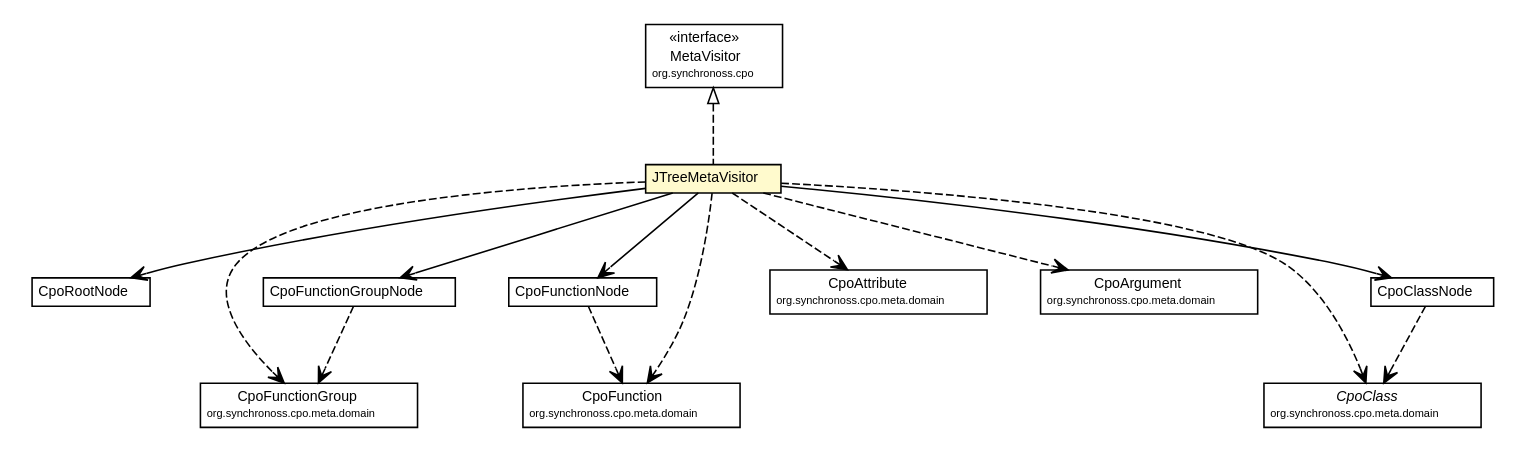
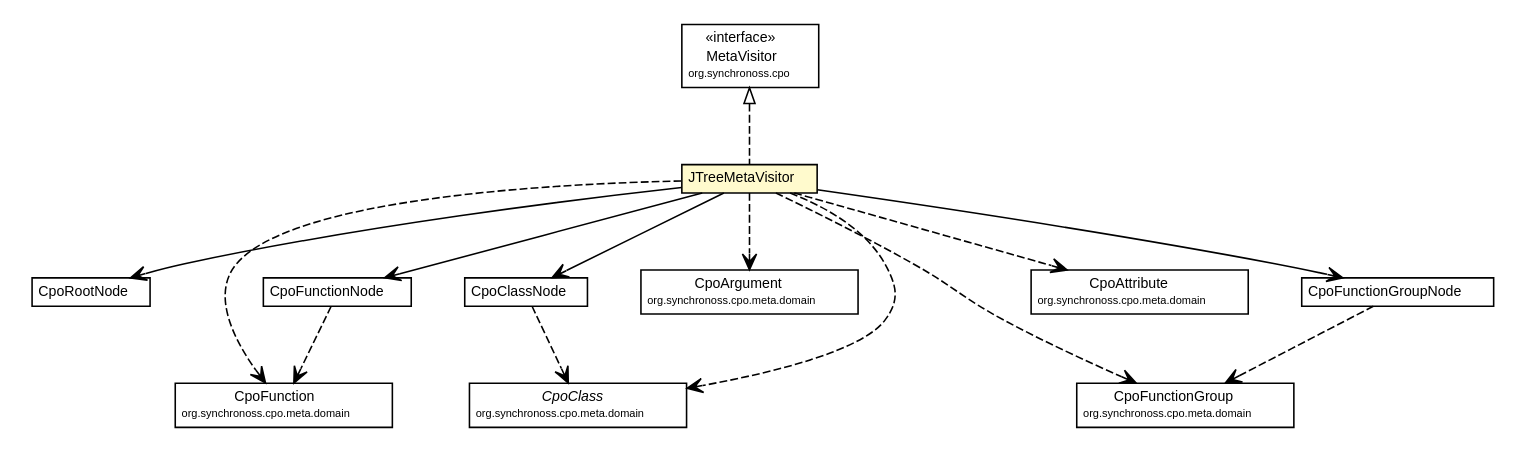
Before and after one commit to synchronoss/cpo-util: the diagram in site/apidocs/org/synchronoss/cpo/util/JTreeMetaVisitor.dot, drawn with Graphviz. The commit also changed 286 other files, not shown here.

Commit message:
Creating site for cpoUtil, 5.1.1-SNAPSHOT

```diff
--- a/site/apidocs/org/synchronoss/cpo/util/JTreeMetaVisitor.dot
+++ b/site/apidocs/org/synchronoss/cpo/util/JTreeMetaVisitor.dot
@@ -1,109 +1,109 @@
 #!/usr/local/bin/dot
 #
 # Class diagram 
 # Generated by UmlGraph version 4.6 (http://www.spinellis.gr/sw/umlgraph)
 #
 
 digraph G {
 	edge [fontname="Helvetica",fontsize=10,labelfontname="Helvetica",labelfontsize=10];
 	node [fontname="Helvetica",fontsize=10,shape=plaintext];
 	// org.synchronoss.cpo.util.JTreeMetaVisitor
 	c1707 [label=<<table border="0" cellborder="1" cellspacing="0" cellpadding="2" port="p" bgcolor="lemonChiffon" href="./JTreeMetaVisitor.html">
 		<tr><td><table border="0" cellspacing="0" cellpadding="1">
 			<tr><td> JTreeMetaVisitor </td></tr>
 		</table></td></tr>
 		</table>>, fontname="Helvetica", fontcolor="black", fontsize=9.0];
 	// org.synchronoss.cpo.util.CpoRootNode
 	c1715 [label=<<table border="0" cellborder="1" cellspacing="0" cellpadding="2" port="p" href="./CpoRootNode.html">
 		<tr><td><table border="0" cellspacing="0" cellpadding="1">
 			<tr><td> CpoRootNode </td></tr>
 		</table></td></tr>
 		</table>>, fontname="Helvetica", fontcolor="black", fontsize=9.0];
 	// org.synchronoss.cpo.util.CpoFunctionNode
 	c1721 [label=<<table border="0" cellborder="1" cellspacing="0" cellpadding="2" port="p" href="./CpoFunctionNode.html">
 		<tr><td><table border="0" cellspacing="0" cellpadding="1">
 			<tr><td> CpoFunctionNode </td></tr>
 		</table></td></tr>
 		</table>>, fontname="Helvetica", fontcolor="black", fontsize=9.0];
 	// org.synchronoss.cpo.util.CpoClassNode
 	c1723 [label=<<table border="0" cellborder="1" cellspacing="0" cellpadding="2" port="p" href="./CpoClassNode.html">
 		<tr><td><table border="0" cellspacing="0" cellpadding="1">
 			<tr><td> CpoClassNode </td></tr>
 		</table></td></tr>
 		</table>>, fontname="Helvetica", fontcolor="black", fontsize=9.0];
 	// org.synchronoss.cpo.util.CpoFunctionGroupNode
 	c1728 [label=<<table border="0" cellborder="1" cellspacing="0" cellpadding="2" port="p" href="./CpoFunctionGroupNode.html">
 		<tr><td><table border="0" cellspacing="0" cellpadding="1">
 			<tr><td> CpoFunctionGroupNode </td></tr>
 		</table></td></tr>
 		</table>>, fontname="Helvetica", fontcolor="black", fontsize=9.0];
 	//org.synchronoss.cpo.util.JTreeMetaVisitor implements org.synchronoss.cpo.MetaVisitor
 	c1764:p -> c1707:p [dir=back,arrowtail=empty,style=dashed];
 	// org.synchronoss.cpo.util.JTreeMetaVisitor NAVASSOC org.synchronoss.cpo.util.CpoRootNode
 	c1707:p -> c1715:p [taillabel="", label="", headlabel="", fontname="Helvetica", fontcolor="black", fontsize=10.0, color="black", arrowhead=open];
 	// org.synchronoss.cpo.util.JTreeMetaVisitor NAVASSOC org.synchronoss.cpo.util.CpoClassNode
 	c1707:p -> c1723:p [taillabel="", label="", headlabel="", fontname="Helvetica", fontcolor="black", fontsize=10.0, color="black", arrowhead=open];
 	// org.synchronoss.cpo.util.JTreeMetaVisitor NAVASSOC org.synchronoss.cpo.util.CpoFunctionGroupNode
 	c1707:p -> c1728:p [taillabel="", label="", headlabel="", fontname="Helvetica", fontcolor="black", fontsize=10.0, color="black", arrowhead=open];
 	// org.synchronoss.cpo.util.JTreeMetaVisitor NAVASSOC org.synchronoss.cpo.util.CpoFunctionNode
 	c1707:p -> c1721:p [taillabel="", label="", headlabel="", fontname="Helvetica", fontcolor="black", fontsize=10.0, color="black", arrowhead=open];
+	// org.synchronoss.cpo.util.JTreeMetaVisitor DEPEND org.synchronoss.cpo.meta.domain.CpoArgument
+	c1707:p -> c1765:p [taillabel="", label="", headlabel="", fontname="Helvetica", fontcolor="black", fontsize=10.0, color="black", arrowhead=open, style=dashed];
+	// org.synchronoss.cpo.util.JTreeMetaVisitor DEPEND org.synchronoss.cpo.meta.domain.CpoClass
+	c1707:p -> c1766:p [taillabel="", label="", headlabel="", fontname="Helvetica", fontcolor="black", fontsize=10.0, color="black", arrowhead=open, style=dashed];
+	// org.synchronoss.cpo.util.JTreeMetaVisitor DEPEND org.synchronoss.cpo.meta.domain.CpoFunction
+	c1707:p -> c1767:p [taillabel="", label="", headlabel="", fontname="Helvetica", fontcolor="black", fontsize=10.0, color="black", arrowhead=open, style=dashed];
+	// org.synchronoss.cpo.util.JTreeMetaVisitor DEPEND org.synchronoss.cpo.meta.domain.CpoAttribute
+	c1707:p -> c1768:p [taillabel="", label="", headlabel="", fontname="Helvetica", fontcolor="black", fontsize=10.0, color="black", arrowhead=open, style=dashed];
 	// org.synchronoss.cpo.util.JTreeMetaVisitor DEPEND org.synchronoss.cpo.meta.domain.CpoFunctionGroup
-	c1707:p -> c1766:p [taillabel="", label="", headlabel="", fontname="Helvetica", fontcolor="black", fontsize=10.0, color="black", arrowhead=open, style=dashed];
-	// org.synchronoss.cpo.util.JTreeMetaVisitor DEPEND org.synchronoss.cpo.meta.domain.CpoAttribute
-	c1707:p -> c1767:p [taillabel="", label="", headlabel="", fontname="Helvetica", fontcolor="black", fontsize=10.0, color="black", arrowhead=open, style=dashed];
-	// org.synchronoss.cpo.util.JTreeMetaVisitor DEPEND org.synchronoss.cpo.meta.domain.CpoArgument
-	c1707:p -> c1768:p [taillabel="", label="", headlabel="", fontname="Helvetica", fontcolor="black", fontsize=10.0, color="black", arrowhead=open, style=dashed];
-	// org.synchronoss.cpo.util.JTreeMetaVisitor DEPEND org.synchronoss.cpo.meta.domain.CpoClass
-	c1707:p -> c1769:p [taillabel="", label="", headlabel="", fontname="Helvetica", fontcolor="black", fontsize=10.0, color="black", arrowhead=open, style=dashed];
-	// org.synchronoss.cpo.util.JTreeMetaVisitor DEPEND org.synchronoss.cpo.meta.domain.CpoFunction
 	c1707:p -> c1770:p [taillabel="", label="", headlabel="", fontname="Helvetica", fontcolor="black", fontsize=10.0, color="black", arrowhead=open, style=dashed];
 	// org.synchronoss.cpo.util.CpoFunctionNode DEPEND org.synchronoss.cpo.meta.domain.CpoFunction
-	c1721:p -> c1770:p [taillabel="", label="", headlabel="", fontname="Helvetica", fontcolor="black", fontsize=10.0, color="black", arrowhead=open, style=dashed];
+	c1721:p -> c1767:p [taillabel="", label="", headlabel="", fontname="Helvetica", fontcolor="black", fontsize=10.0, color="black", arrowhead=open, style=dashed];
 	// org.synchronoss.cpo.util.CpoClassNode DEPEND org.synchronoss.cpo.meta.domain.CpoClass
-	c1723:p -> c1769:p [taillabel="", label="", headlabel="", fontname="Helvetica", fontcolor="black", fontsize=10.0, color="black", arrowhead=open, style=dashed];
+	c1723:p -> c1766:p [taillabel="", label="", headlabel="", fontname="Helvetica", fontcolor="black", fontsize=10.0, color="black", arrowhead=open, style=dashed];
 	// org.synchronoss.cpo.util.CpoFunctionGroupNode DEPEND org.synchronoss.cpo.meta.domain.CpoFunctionGroup
-	c1728:p -> c1766:p [taillabel="", label="", headlabel="", fontname="Helvetica", fontcolor="black", fontsize=10.0, color="black", arrowhead=open, style=dashed];
+	c1728:p -> c1770:p [taillabel="", label="", headlabel="", fontname="Helvetica", fontcolor="black", fontsize=10.0, color="black", arrowhead=open, style=dashed];
 	// org.synchronoss.cpo.meta.domain.CpoClass
-	c1769 [label=<<table border="0" cellborder="1" cellspacing="0" cellpadding="2" port="p" href="http://java.sun.com/j2se/1.4.2/docs/api/org/synchronoss/cpo/meta/domain/CpoClass.html">
+	c1766 [label=<<table border="0" cellborder="1" cellspacing="0" cellpadding="2" port="p" href="http://java.sun.com/j2se/1.4.2/docs/api/org/synchronoss/cpo/meta/domain/CpoClass.html">
 		<tr><td><table border="0" cellspacing="0" cellpadding="1">
 			<tr><td><font face="Helvetica-Oblique"> CpoClass </font></td></tr>
 			<tr><td><font point-size="7.0"> org.synchronoss.cpo.meta.domain </font></td></tr>
 		</table></td></tr>
 		</table>>, fontname="Helvetica", fontcolor="black", fontsize=9.0];
 	// org.synchronoss.cpo.meta.domain.CpoArgument
-	c1768 [label=<<table border="0" cellborder="1" cellspacing="0" cellpadding="2" port="p" href="http://java.sun.com/j2se/1.4.2/docs/api/org/synchronoss/cpo/meta/domain/CpoArgument.html">
+	c1765 [label=<<table border="0" cellborder="1" cellspacing="0" cellpadding="2" port="p" href="http://java.sun.com/j2se/1.4.2/docs/api/org/synchronoss/cpo/meta/domain/CpoArgument.html">
 		<tr><td><table border="0" cellspacing="0" cellpadding="1">
 			<tr><td> CpoArgument </td></tr>
 			<tr><td><font point-size="7.0"> org.synchronoss.cpo.meta.domain </font></td></tr>
 		</table></td></tr>
 		</table>>, fontname="Helvetica", fontcolor="black", fontsize=9.0];
 	// org.synchronoss.cpo.meta.domain.CpoAttribute
-	c1767 [label=<<table border="0" cellborder="1" cellspacing="0" cellpadding="2" port="p" href="http://java.sun.com/j2se/1.4.2/docs/api/org/synchronoss/cpo/meta/domain/CpoAttribute.html">
+	c1768 [label=<<table border="0" cellborder="1" cellspacing="0" cellpadding="2" port="p" href="http://java.sun.com/j2se/1.4.2/docs/api/org/synchronoss/cpo/meta/domain/CpoAttribute.html">
 		<tr><td><table border="0" cellspacing="0" cellpadding="1">
 			<tr><td> CpoAttribute </td></tr>
 			<tr><td><font point-size="7.0"> org.synchronoss.cpo.meta.domain </font></td></tr>
 		</table></td></tr>
 		</table>>, fontname="Helvetica", fontcolor="black", fontsize=9.0];
 	// org.synchronoss.cpo.meta.domain.CpoFunction
-	c1770 [label=<<table border="0" cellborder="1" cellspacing="0" cellpadding="2" port="p" href="http://java.sun.com/j2se/1.4.2/docs/api/org/synchronoss/cpo/meta/domain/CpoFunction.html">
+	c1767 [label=<<table border="0" cellborder="1" cellspacing="0" cellpadding="2" port="p" href="http://java.sun.com/j2se/1.4.2/docs/api/org/synchronoss/cpo/meta/domain/CpoFunction.html">
 		<tr><td><table border="0" cellspacing="0" cellpadding="1">
 			<tr><td> CpoFunction </td></tr>
 			<tr><td><font point-size="7.0"> org.synchronoss.cpo.meta.domain </font></td></tr>
 		</table></td></tr>
 		</table>>, fontname="Helvetica", fontcolor="black", fontsize=9.0];
 	// org.synchronoss.cpo.meta.domain.CpoFunctionGroup
-	c1766 [label=<<table border="0" cellborder="1" cellspacing="0" cellpadding="2" port="p" href="http://java.sun.com/j2se/1.4.2/docs/api/org/synchronoss/cpo/meta/domain/CpoFunctionGroup.html">
+	c1770 [label=<<table border="0" cellborder="1" cellspacing="0" cellpadding="2" port="p" href="http://java.sun.com/j2se/1.4.2/docs/api/org/synchronoss/cpo/meta/domain/CpoFunctionGroup.html">
 		<tr><td><table border="0" cellspacing="0" cellpadding="1">
 			<tr><td> CpoFunctionGroup </td></tr>
 			<tr><td><font point-size="7.0"> org.synchronoss.cpo.meta.domain </font></td></tr>
 		</table></td></tr>
 		</table>>, fontname="Helvetica", fontcolor="black", fontsize=9.0];
 	// org.synchronoss.cpo.MetaVisitor
 	c1764 [label=<<table border="0" cellborder="1" cellspacing="0" cellpadding="2" port="p" href="http://java.sun.com/j2se/1.4.2/docs/api/org/synchronoss/cpo/MetaVisitor.html">
 		<tr><td><table border="0" cellspacing="0" cellpadding="1">
 			<tr><td> &laquo;interface&raquo; </td></tr>
 			<tr><td> MetaVisitor </td></tr>
 			<tr><td><font point-size="7.0"> org.synchronoss.cpo </font></td></tr>
 		</table></td></tr>
 		</table>>, fontname="Helvetica", fontcolor="black", fontsize=9.0];
 }
```
